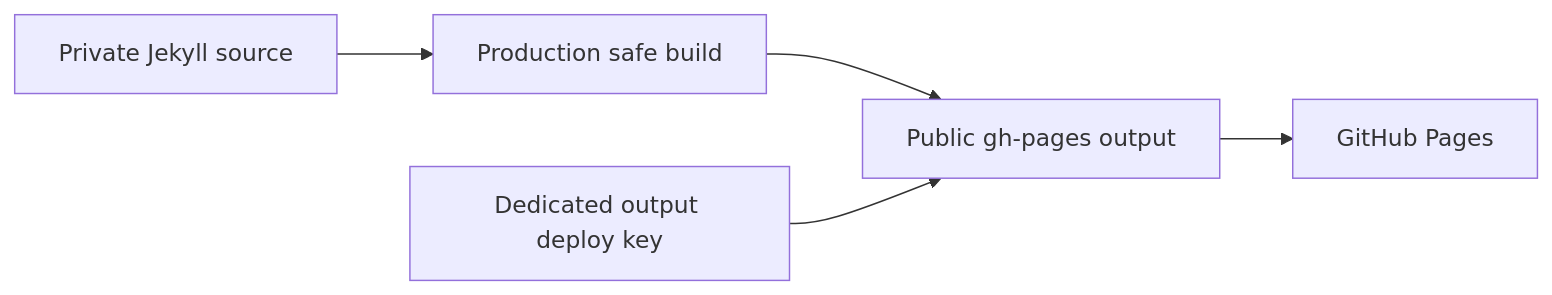
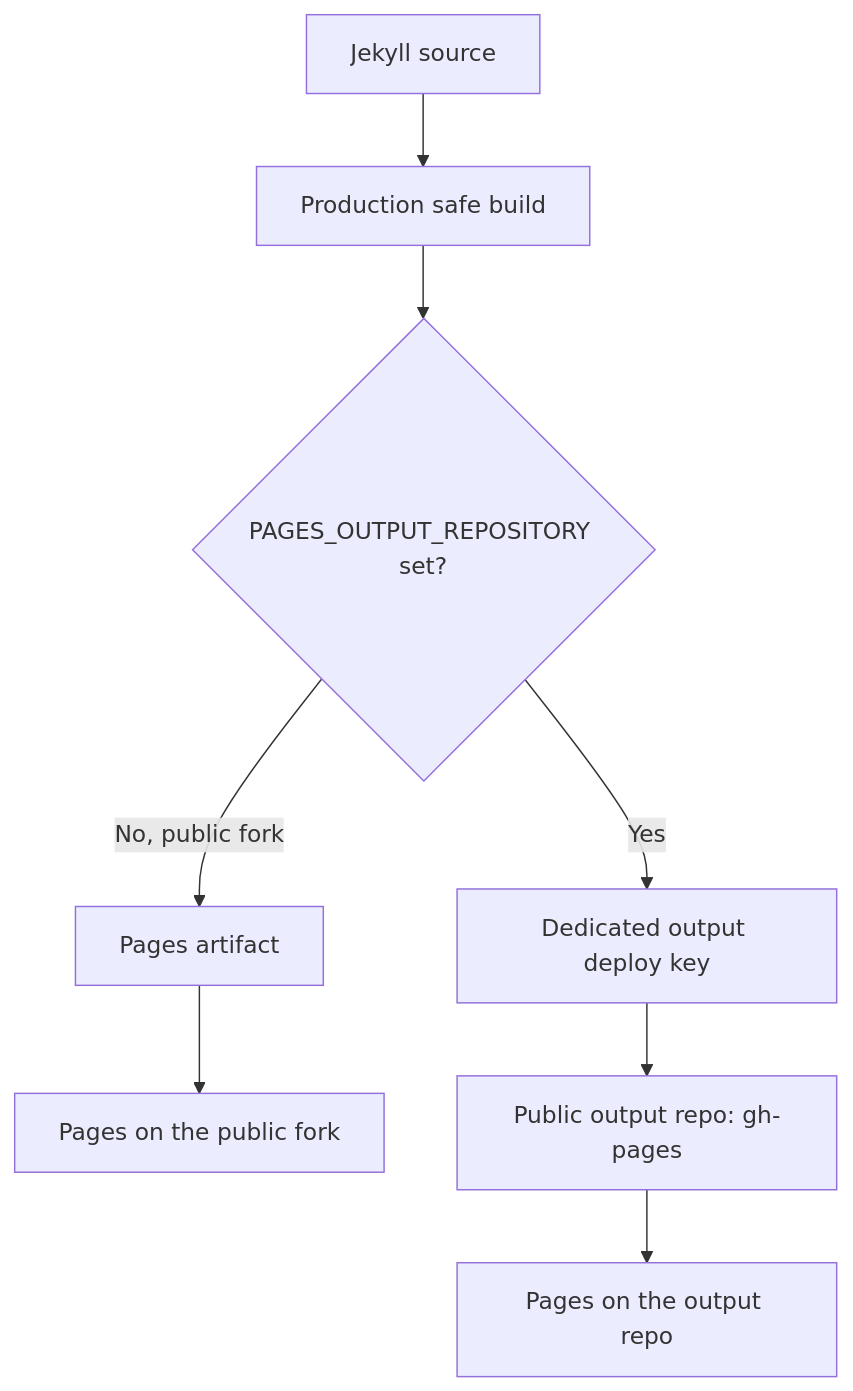
The diagram in README.md (takasoft/bootstrap5-jekyll-theme), drawn with Mermaid before and after one commit. The commit also changed other lines of this file and 3 other files, not shown here.

First line of the commit message:
support public forks and private-source pages publishing

````diff
--- a/README.md
+++ b/README.md
@@ -79,7 +91,10 @@
 ```mermaid
-flowchart LR
-    Source["Private Jekyll source"] --> Build["Production safe build"]
-    Build --> Output["Public gh-pages output"]
-    Key["Dedicated output deploy key"] --> Output
-    Output --> Pages["GitHub Pages"]
+flowchart TD
+    Source["Jekyll source"] --> Build["Production safe build"]
+    Build --> Mode{"PAGES_OUTPUT_REPOSITORY set?"}
+    Mode -->|No, public fork| Artifact["Pages artifact"]
+    Artifact --> SameRepo["Pages on the public fork"]
+    Mode -->|Yes| Key["Dedicated output deploy key"]
+    Key --> Output["Public output repo: gh-pages"]
+    Output --> ExternalPages["Pages on the output repo"]
 ```
````
